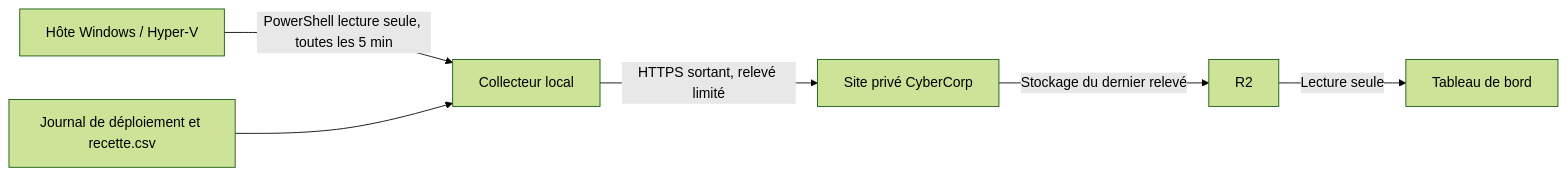
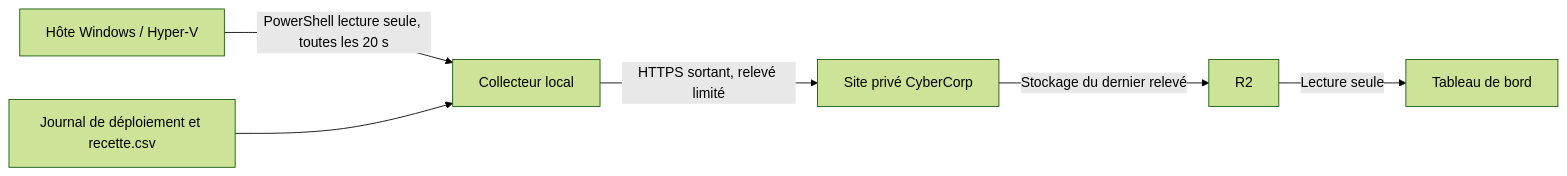
Before and after one commit to PISSARAW/Cybercorp: the diagram in docs/suivi-site.md, drawn with Mermaid (forest theme). The commit also changed other lines of this file and 5 other files, not shown here.

````diff
--- a/docs/suivi-site.md
+++ b/docs/suivi-site.md
@@ -7,8 +7,8 @@
 ```mermaid
 flowchart LR
-  H[Hôte Windows / Hyper-V] -->|PowerShell lecture seule, toutes les 5 min| C[Collecteur local]
+  H[Hôte Windows / Hyper-V] -->|PowerShell lecture seule, toutes les 20 s| C[Collecteur local]
   J[Journal de déploiement et recette.csv] --> C
   C -->|HTTPS sortant, relevé limité| S[Site privé CyberCorp]
   S -->|Stockage du dernier relevé| R[R2]
   R -->|Lecture seule| D[Tableau de bord]
 ```
````
